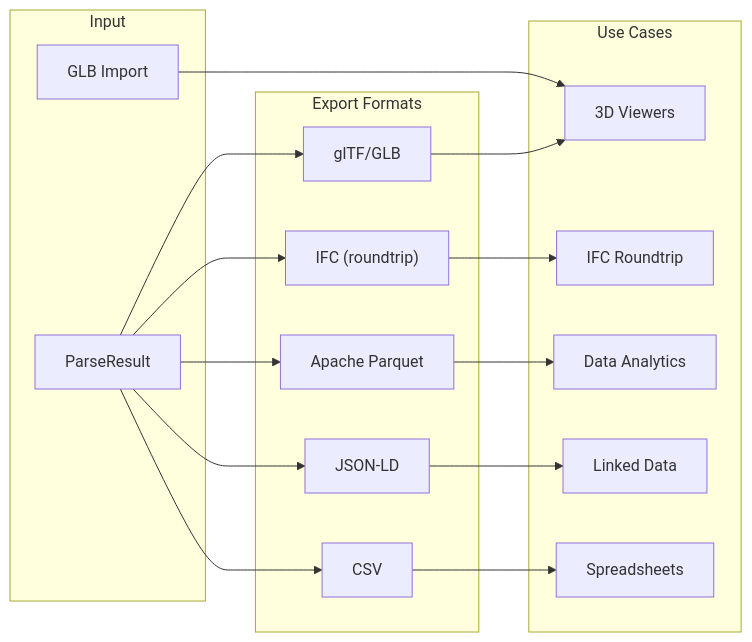
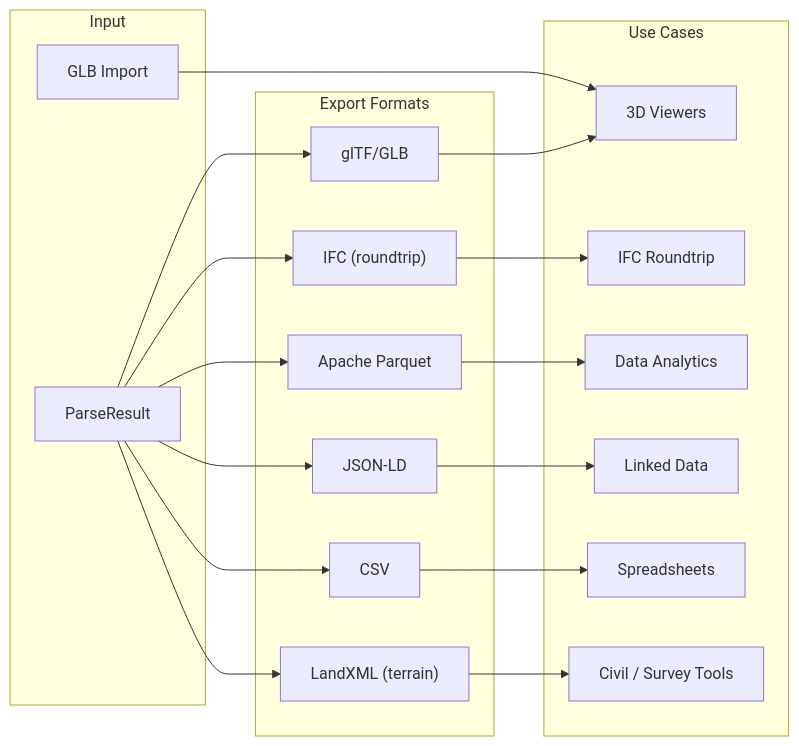
The first of 3 diagrams in docs/guide/exporting.md (LTplus-AG/ifc-lite), drawn with Mermaid before and after one commit. The commit also changed other lines of this file and 44 other files, not shown here.

First line of the commit message:
feat(export): export IFC terrain to LandXML 1.2 (#7600)

````diff
--- a/docs/guide/exporting.md
+++ b/docs/guide/exporting.md
@@ -198,30 +198,33 @@
 ```mermaid
 flowchart LR
     subgraph Input["Input"]
         IFC["ParseResult"]
         GLBIn["GLB Import"]
     end
 
     subgraph Formats["Export Formats"]
         glTF["glTF/GLB"]
         IFCOut["IFC (roundtrip)"]
         Parquet["Apache Parquet"]
         JSON["JSON-LD"]
         CSV["CSV"]
+        LandXML["LandXML (terrain)"]
     end
 
     subgraph Uses["Use Cases"]
         Viewer["3D Viewers"]
         Roundtrip["IFC Roundtrip"]
         Analytics["Data Analytics"]
         Linked["Linked Data"]
         Spreadsheet["Spreadsheets"]
+        Civil["Civil / Survey Tools"]
     end
 
     GLBIn --> Viewer
     IFC --> glTF --> Viewer
     IFC --> IFCOut --> Roundtrip
     IFC --> Parquet --> Analytics
     IFC --> JSON --> Linked
     IFC --> CSV --> Spreadsheet
+    IFC --> LandXML --> Civil
 ```
````
